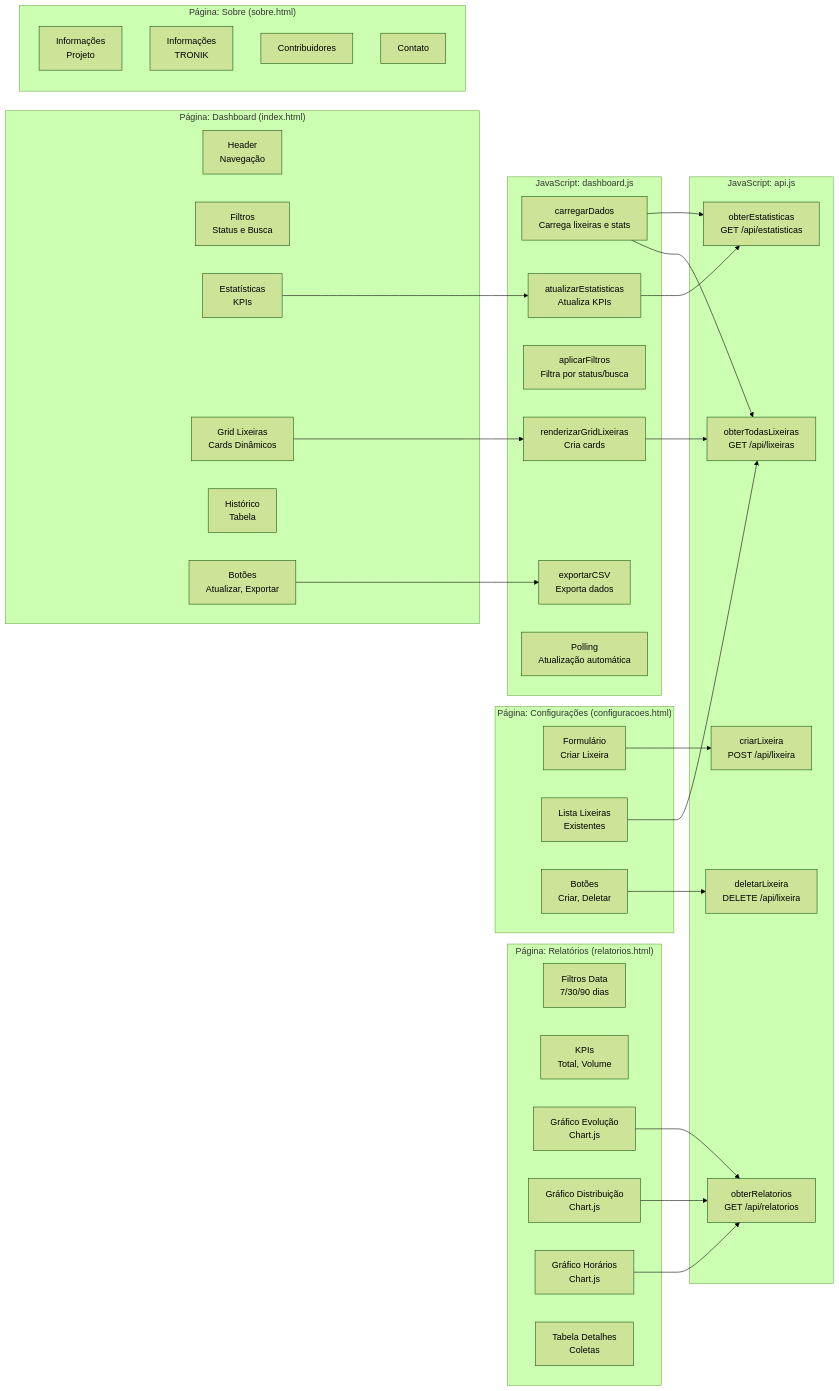
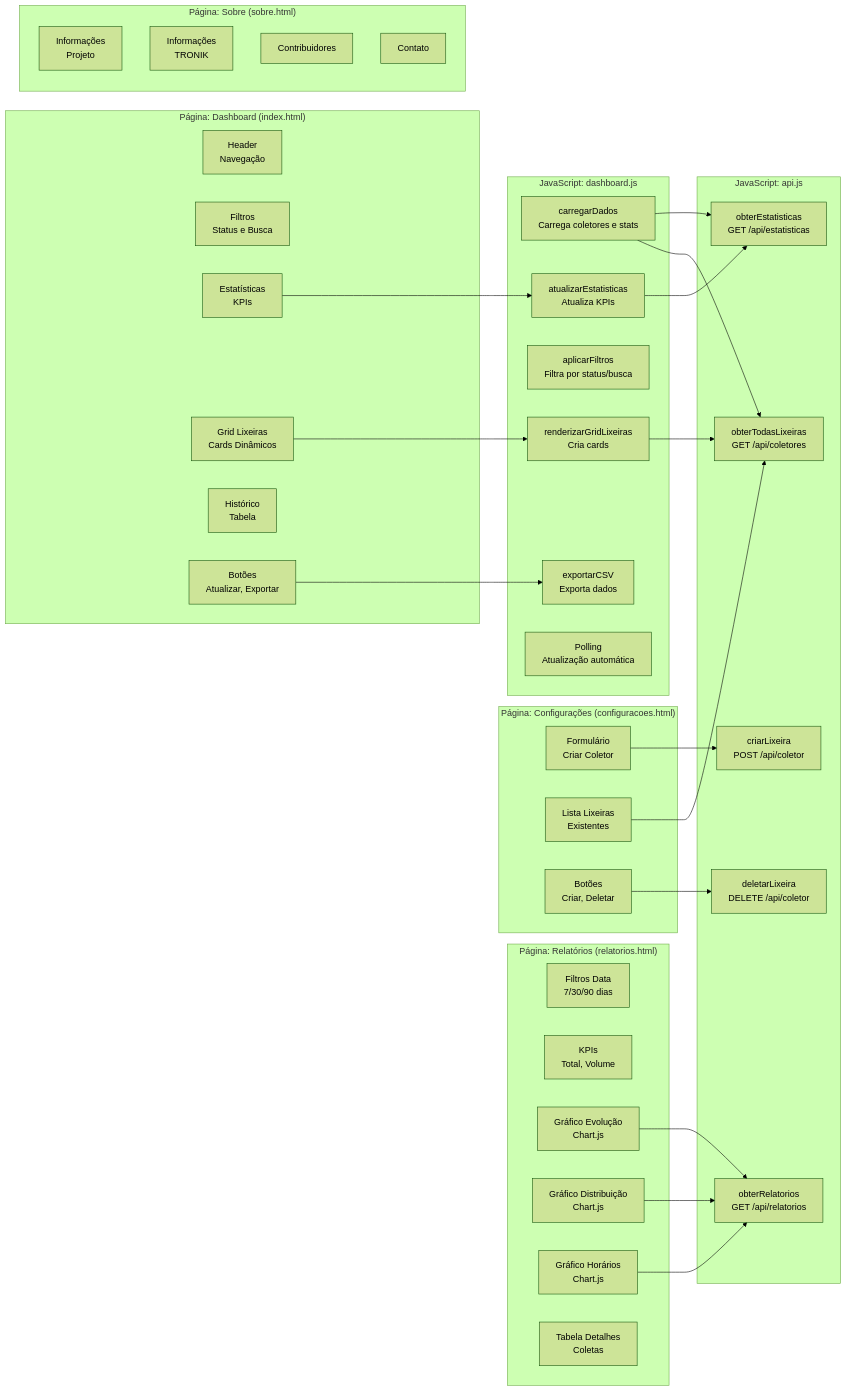
One commit to natanheringer/Dashboard-TRONIK changed the fifth of 7 diagrams in ARQUITETURA.md. Above: the diagram before and after it, drawn with Mermaid (forest theme). The commit also changed other lines of this file and 29 other files, not shown here.

````diff
--- a/ARQUITETURA.md
+++ b/ARQUITETURA.md
@@ -294,66 +294,66 @@
 ```mermaid
 graph LR
     subgraph "Página: Dashboard (index.html)"
         D1[Header<br/>Navegação]
         D2[Filtros<br/>Status e Busca]
         D3[Estatísticas<br/>KPIs]
         D4[Grid Lixeiras<br/>Cards Dinâmicos]
         D5[Histórico<br/>Tabela]
         D6[Botões<br/>Atualizar, Exportar]
     end
     
     subgraph "Página: Relatórios (relatorios.html)"
         R1[Filtros Data<br/>7/30/90 dias]
         R2[KPIs<br/>Total, Volume]
         R3[Gráfico Evolução<br/>Chart.js]
         R4[Gráfico Distribuição<br/>Chart.js]
         R5[Gráfico Horários<br/>Chart.js]
         R6[Tabela Detalhes<br/>Coletas]
     end
     
     subgraph "Página: Configurações (configuracoes.html)"
-        C1[Formulário<br/>Criar Lixeira]
+        C1[Formulário<br/>Criar Coletor]
         C2[Lista Lixeiras<br/>Existentes]
         C3[Botões<br/>Criar, Deletar]
     end
     
     subgraph "Página: Sobre (sobre.html)"
         S1[Informações<br/>Projeto]
         S2[Informações<br/>TRONIK]
         S3[Contribuidores]
         S4[Contato]
     end
     
     subgraph "JavaScript: dashboard.js"
-        JS1[carregarDados<br/>Carrega lixeiras e stats]
+        JS1[carregarDados<br/>Carrega coletores e stats]
         JS2[renderizarGridLixeiras<br/>Cria cards]
         JS3[aplicarFiltros<br/>Filtra por status/busca]
         JS4[atualizarEstatisticas<br/>Atualiza KPIs]
         JS5[exportarCSV<br/>Exporta dados]
         JS6[Polling<br/>Atualização automática]
     end
     
     subgraph "JavaScript: api.js"
-        API1[obterTodasLixeiras<br/>GET /api/lixeiras]
+        API1[obterTodasLixeiras<br/>GET /api/coletores]
         API2[obterEstatisticas<br/>GET /api/estatisticas]
         API3[obterRelatorios<br/>GET /api/relatorios]
-        API4[criarLixeira<br/>POST /api/lixeira]
-        API5[deletarLixeira<br/>DELETE /api/lixeira]
+        API4[criarLixeira<br/>POST /api/coletor]
+        API5[deletarLixeira<br/>DELETE /api/coletor]
     end
     
     D4 --> JS2
     D3 --> JS4
     D6 --> JS5
     JS1 --> API1
     JS1 --> API2
     JS4 --> API2
     JS2 --> API1
     
     R3 --> API3
     R4 --> API3
     R5 --> API3
     
     C1 --> API4
     C2 --> API1
     C3 --> API5
 ```
````
